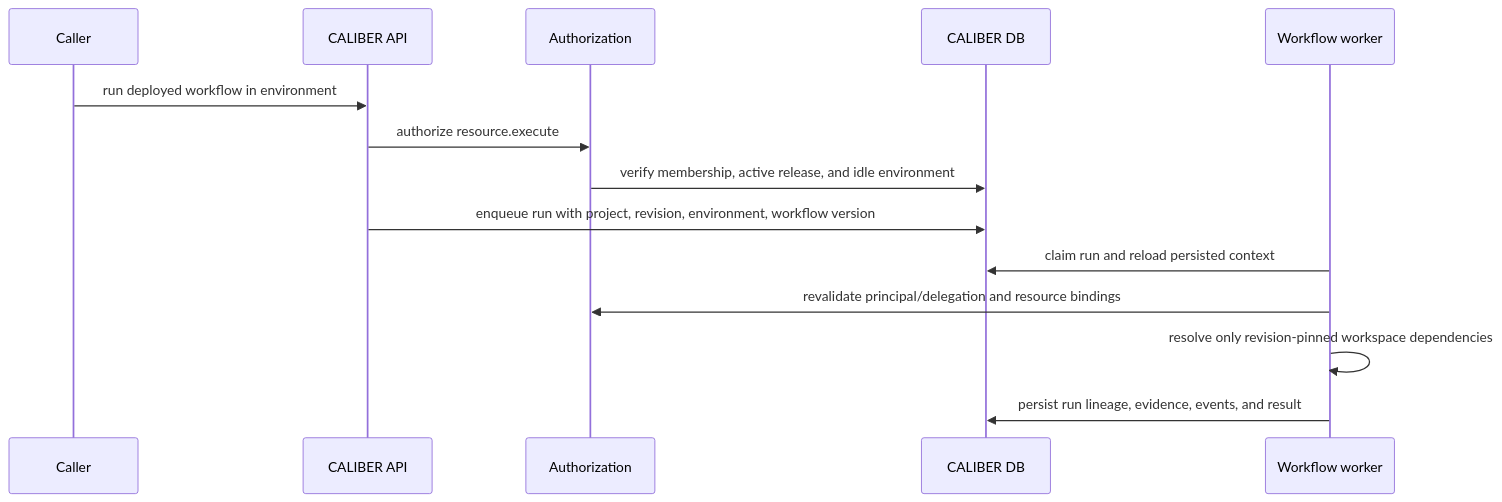
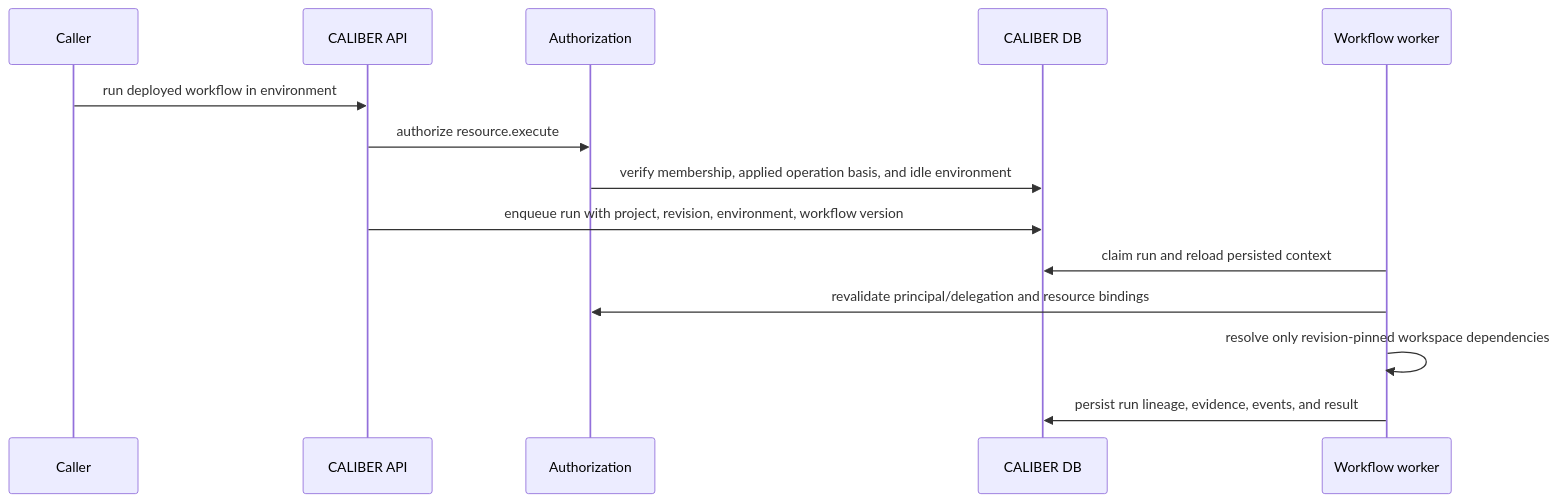
One commit to rrahimi-uci/caliber-suite changed diagram 14 of 16 in docs/workspace-plan.md. Above: the diagram before and after it, drawn with Mermaid. The commit also changed other lines of this file, not shown here.

````diff
--- a/docs/workspace-plan.md
+++ b/docs/workspace-plan.md
@@ -1612,17 +2736,17 @@
 ```mermaid
 sequenceDiagram
     participant C as Caller
     participant API as CALIBER API
     participant AZ as Authorization
     participant DB as CALIBER DB
     participant W as Workflow worker
 
     C->>API: run deployed workflow in environment
     API->>AZ: authorize resource.execute
-    AZ->>DB: verify membership, active release, and idle environment
+    AZ->>DB: verify membership, applied operation basis, and idle environment
     API->>DB: enqueue run with project, revision, environment, workflow version
     W->>DB: claim run and reload persisted context
     W->>AZ: revalidate principal/delegation and resource bindings
     W->>W: resolve only revision-pinned workspace dependencies
     W->>DB: persist run lineage, evidence, events, and result
 ```
````
